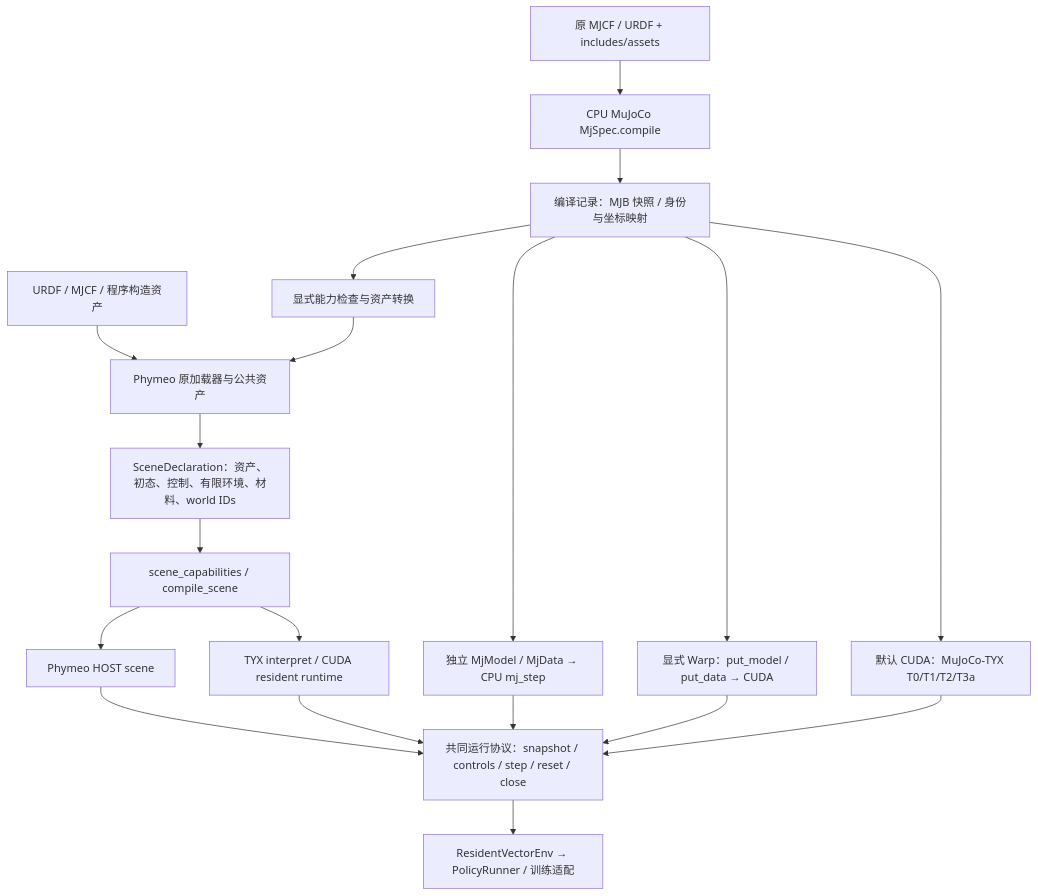
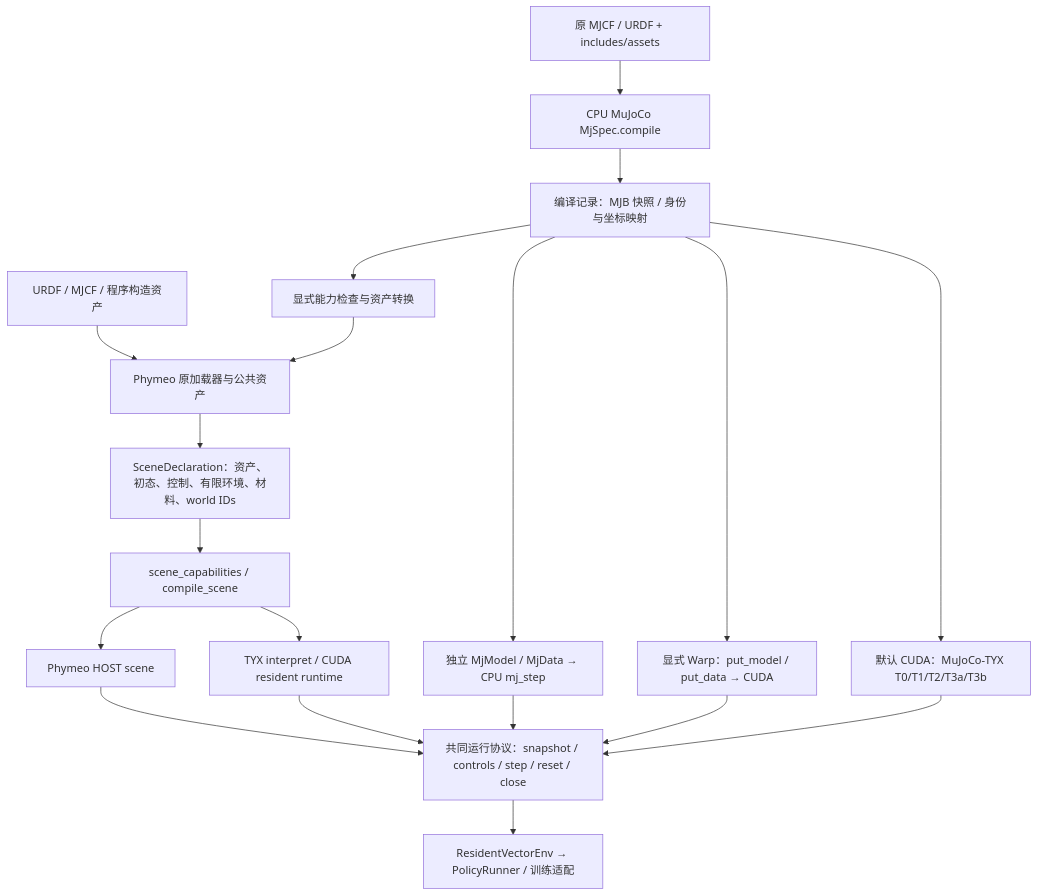
The diagram in docs/architecture/unified-scene-compilation.md (ChenxrC/phymeo), drawn with Mermaid before and after one commit. The commit also changed other lines of this file and 6 other files, not shown here.

````diff
--- a/docs/architecture/unified-scene-compilation.md
+++ b/docs/architecture/unified-scene-compilation.md
@@ -5,21 +5,21 @@
 ```mermaid
 flowchart TD
   A[URDF / MJCF / 程序构造资产] --> B[Phymeo 原加载器与公共资产]
   C[原 MJCF / URDF + includes/assets] --> D[CPU MuJoCo MjSpec.compile]
   D --> E[编译记录：MJB 快照 / 身份与坐标映射]
   E --> F[显式能力检查与资产转换]
   F --> B
   B --> G[SceneDeclaration：资产、初态、控制、有限环境、材料、world IDs]
   G --> H[scene_capabilities / compile_scene]
   H --> I[Phymeo HOST scene]
   H --> J[TYX interpret / CUDA resident runtime]
   E --> K[独立 MjModel / MjData → CPU mj_step]
   E --> L[显式 Warp：put_model / put_data → CUDA]
-  E --> T[默认 CUDA：MuJoCo-TYX T0/T1/T2/T3a]
+  E --> T[默认 CUDA：MuJoCo-TYX T0/T1/T2/T3a/T3b]
   I --> M[共同运行协议：snapshot / controls / step / reset / close]
   J --> M
   K --> M
   L --> M
   T --> M
   M --> N[ResidentVectorEnv → PolicyRunner / 训练适配]
 ```
````
